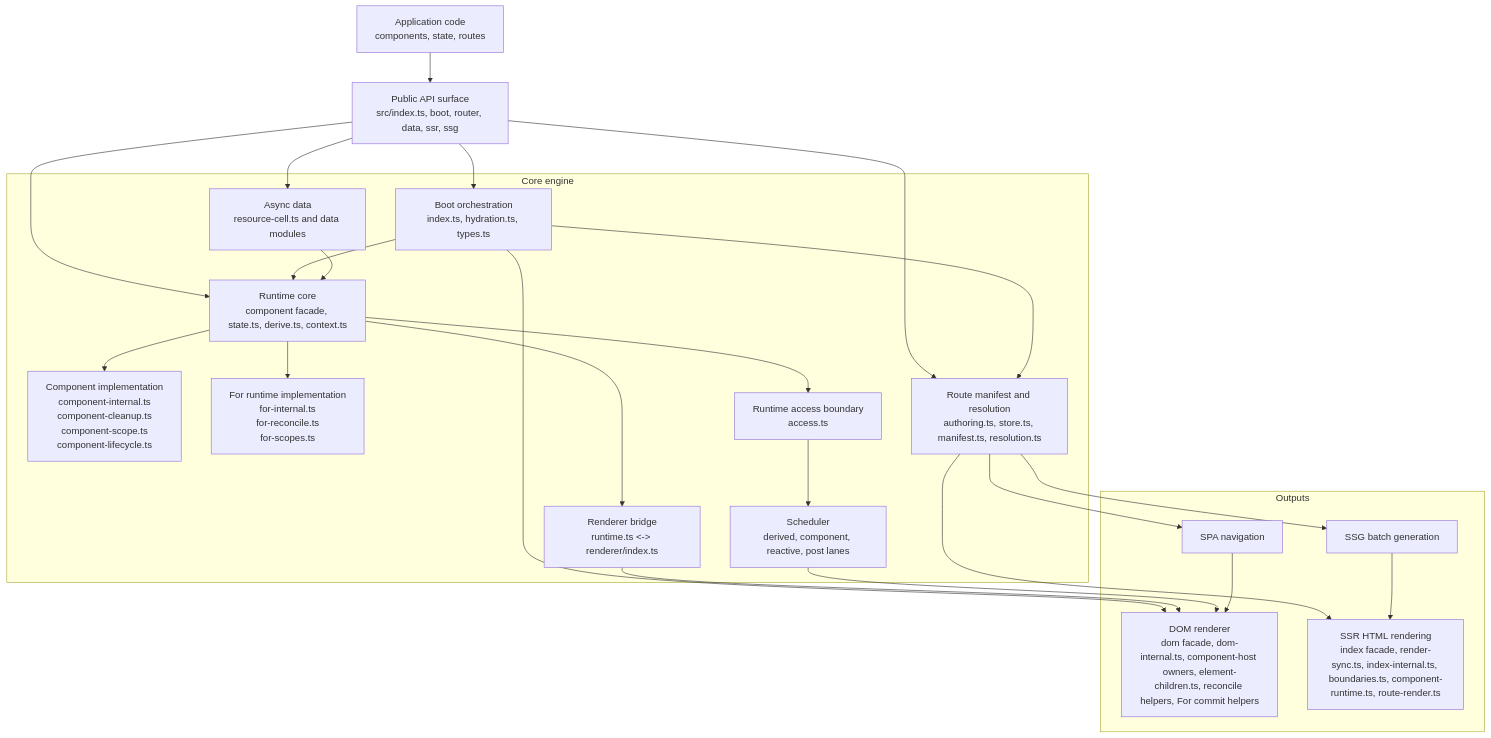
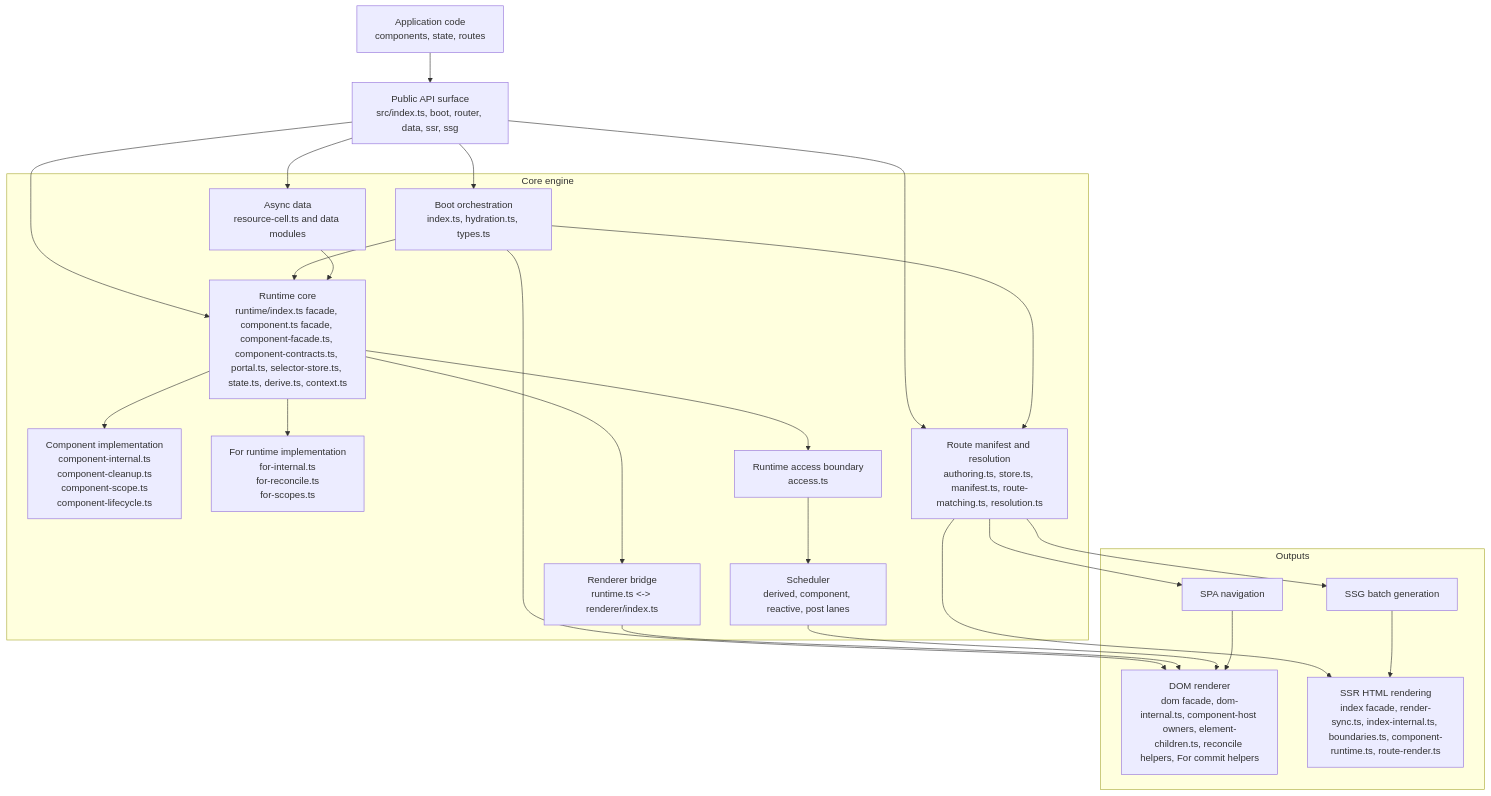
The first of 2 diagrams in docs/internals/core-engine-design.md (askrjs/askr), drawn with Mermaid before and after one commit. The commit also changed other lines of this file and 105 other files, not shown here.

Commit message:
Clean up runtime architecture boundaries

````diff
--- a/docs/internals/core-engine-design.md
+++ b/docs/internals/core-engine-design.md
@@ -15,46 +15,46 @@
 ```mermaid
 flowchart TB
   app[Application code<br/>components, state, routes]
   publicApi[Public API surface<br/>src/index.ts, boot, router, data, ssr, ssg]
 
   subgraph engine[Core engine]
     boot[Boot orchestration<br/>index.ts, hydration.ts, types.ts]
-    runtime[Runtime core<br/>component facade, state.ts, derive.ts, context.ts]
+    runtime[Runtime core<br/>runtime/index.ts facade, component.ts facade, component-facade.ts, component-contracts.ts, portal.ts, selector-store.ts, state.ts, derive.ts, context.ts]
     componentCore[Component implementation<br/>component-internal.ts<br/>component-cleanup.ts<br/>component-scope.ts<br/>component-lifecycle.ts]
     forCore[For runtime implementation<br/>for-internal.ts<br/>for-reconcile.ts<br/>for-scopes.ts]
     runtimeAccess[Runtime access boundary<br/>access.ts]
     scheduler[Scheduler<br/>derived, component, reactive, post lanes]
     rendererBridge[Renderer bridge<br/>runtime.ts <-> renderer/index.ts]
-    routerManifest[Route manifest and resolution<br/>authoring.ts, store.ts, manifest.ts, resolution.ts]
+    routerManifest[Route manifest and resolution<br/>authoring.ts, store.ts, manifest.ts, route-matching.ts, resolution.ts]
     asyncData[Async data<br/>resource-cell.ts and data modules]
   end
 
   subgraph outputs[Outputs]
     dom[DOM renderer<br/>dom facade, dom-internal.ts, component-host owners, element-children.ts, reconcile helpers, For commit helpers]
     spa[SPA navigation]
     ssr[SSR HTML rendering<br/>index facade, render-sync.ts, index-internal.ts, boundaries.ts, component-runtime.ts, route-render.ts]
     ssg[SSG batch generation]
   end
 
   app --> publicApi
   publicApi --> boot
   publicApi --> runtime
   publicApi --> routerManifest
   publicApi --> asyncData
   boot --> runtime
   boot --> routerManifest
   boot --> dom
   runtime --> runtimeAccess
   runtime --> componentCore
   runtime --> forCore
   runtimeAccess --> scheduler
   runtime --> rendererBridge
   asyncData --> runtime
   routerManifest --> spa
   routerManifest --> ssr
   routerManifest --> ssg
   rendererBridge --> dom
   scheduler --> dom
   spa --> dom
   ssg --> ssr
 ```
````
